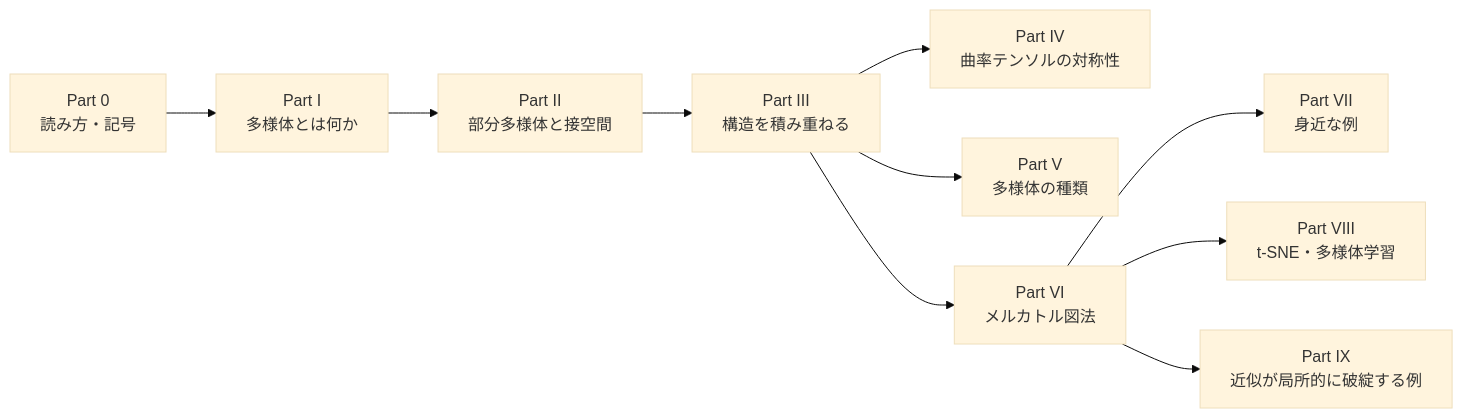
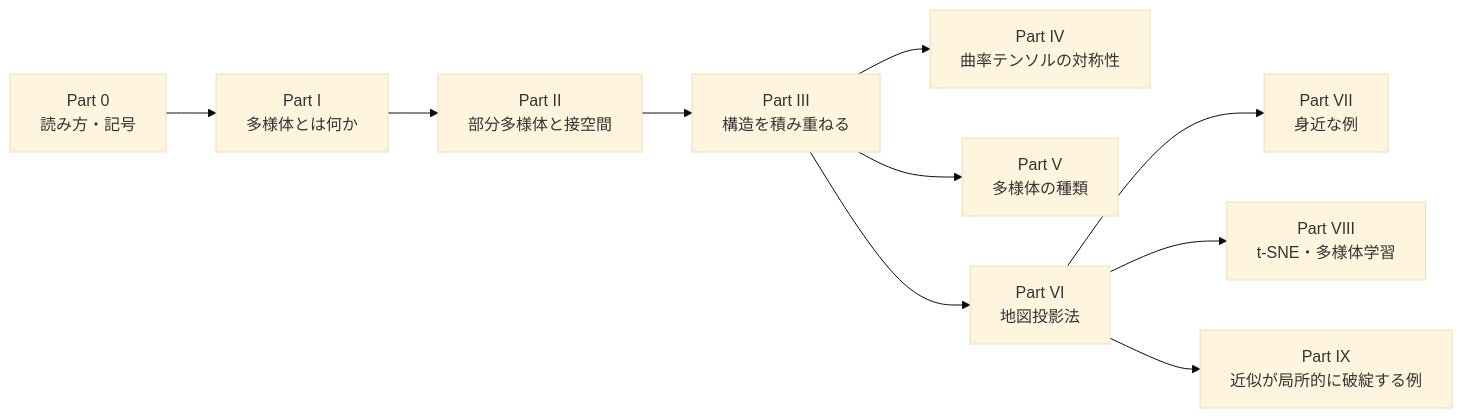
Before and after one commit to kazuma0606/quantum-study: the diagram in 研究ノート/03_多様体・微分形式・トポロジー/manifolds_introduction.md, drawn with Mermaid (base theme). The commit also changed other lines of this file and 2 other files, not shown here.

First line of the commit message:
Rewrite Part VI of the manifolds note: map projections

````diff
--- a/研究ノート/03_多様体・微分形式・トポロジー/manifolds_introduction.md
+++ b/研究ノート/03_多様体・微分形式・トポロジー/manifolds_introduction.md
@@ -103,19 +105,19 @@
 ```mermaid
 flowchart LR
     P0["Part 0<br/>読み方・記号"]
     P1["Part I<br/>多様体とは何か"]
     P2["Part II<br/>部分多様体と接空間"]
     P3["Part III<br/>構造を積み重ねる"]
     P4["Part IV<br/>曲率テンソルの対称性"]
     P5["Part V<br/>多様体の種類"]
-    P6["Part VI<br/>メルカトル図法"]
+    P6["Part VI<br/>地図投影法"]
     P7["Part VII<br/>身近な例"]
     P8["Part VIII<br/>t-SNE・多様体学習"]
     P9["Part IX<br/>近似が局所的に破綻する例"]
 
     P0 --> P1 --> P2 --> P3 --> P4
     P3 --> P5
     P3 --> P6 --> P7
     P6 --> P8
     P6 --> P9
 ```
````
